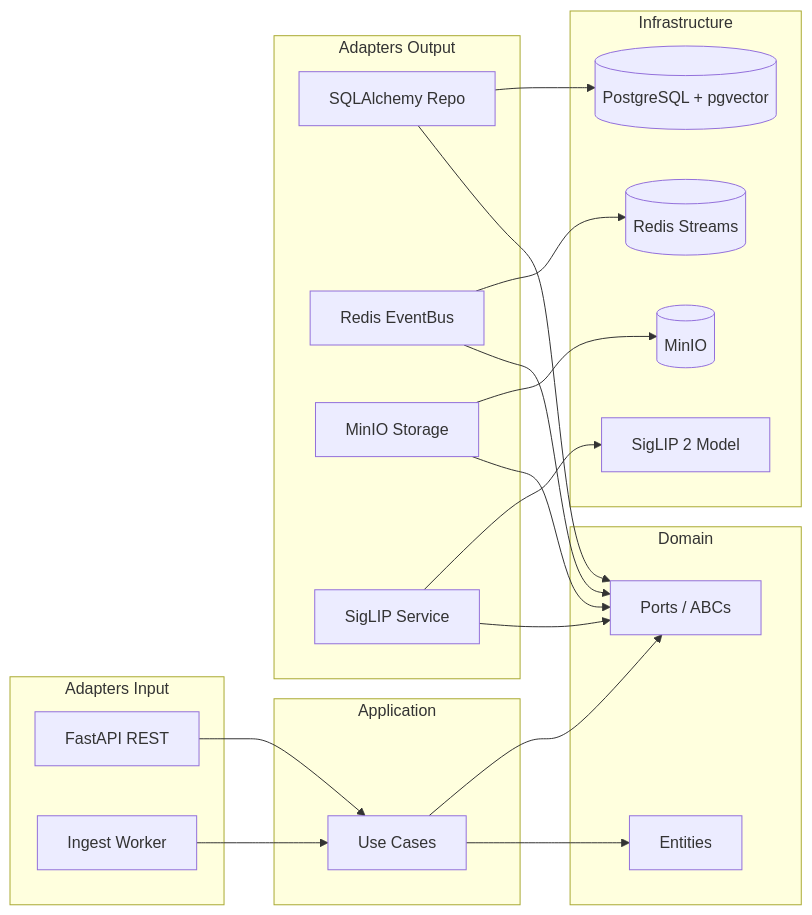
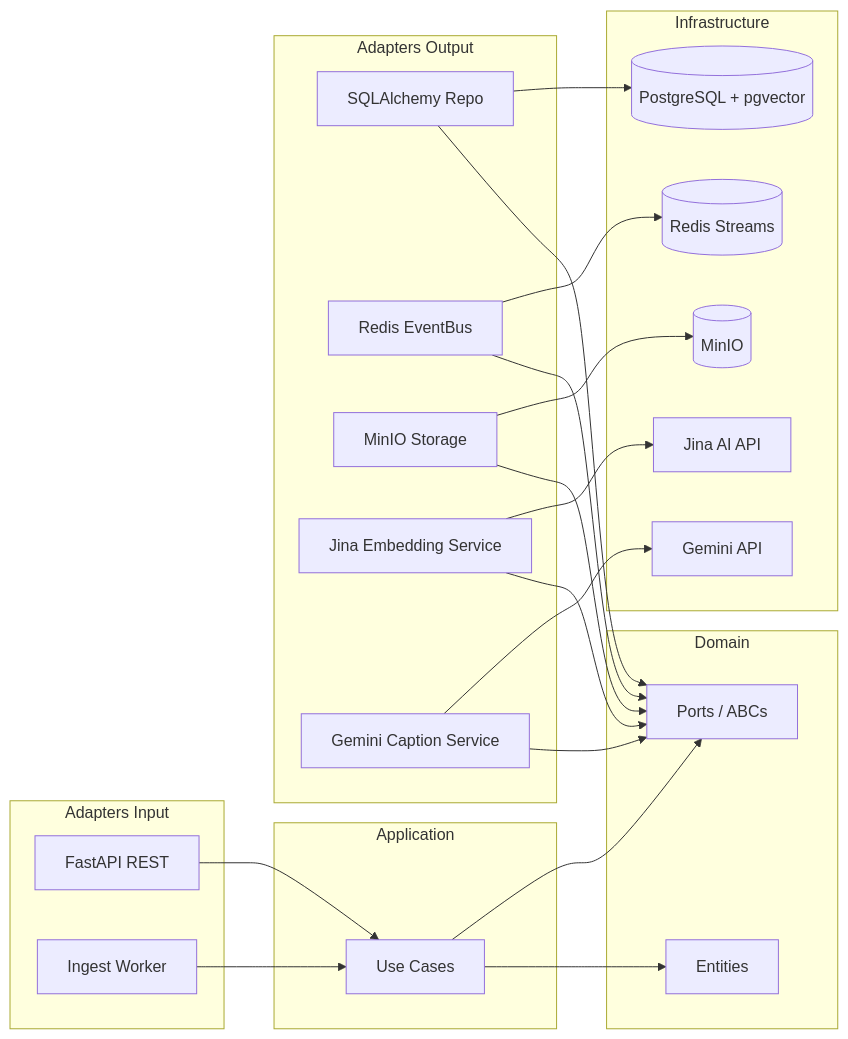
Before and after one commit to minhphu102003/image-search: the first of 2 diagrams in README.md, drawn with Mermaid. The commit also changed other lines of this file and 31 other files, not shown here.

First line of the commit message:
feat: replace self-hosted SigLIP 2 with Jina AI cloud embeddings (IS-014)

````diff
--- a/README.md
+++ b/README.md
@@ -104,39 +104,43 @@
 ```mermaid
 graph LR
     subgraph Adapters Input
         REST[FastAPI REST]
         Worker[Ingest Worker]
     end
     subgraph Application
         UC[Use Cases]
     end
     subgraph Domain
         Entity[Entities]
         Port[Ports / ABCs]
     end
     subgraph Adapters Output
         Repo[SQLAlchemy Repo]
         EventBus[Redis EventBus]
         MinIO[MinIO Storage]
-        SigLIP[SigLIP Service]
+        Jina[Jina Embedding Service]
+        Gemini[Gemini Caption Service]
     end
     subgraph Infrastructure
         DB[(PostgreSQL + pgvector)]
         Redis[(Redis Streams)]
         S3[(MinIO)]
-        AI[SigLIP 2 Model]
+        CloudAI[Jina AI API]
+        CloudVLM[Gemini API]
     end
 
     REST --> UC
     Worker --> UC
     UC --> Entity
     UC --> Port
     Repo --> Port
     EventBus --> Port
     MinIO --> Port
-    SigLIP --> Port
+    Jina --> Port
+    Gemini --> Port
     Repo --> DB
     EventBus --> Redis
     MinIO --> S3
-    SigLIP --> AI
+    Jina --> CloudAI
+    Gemini --> CloudVLM
 ```
````
